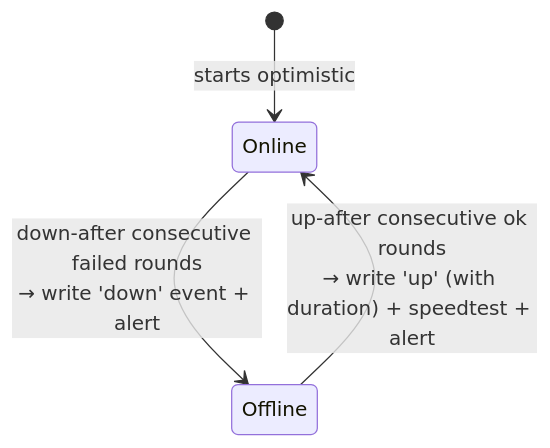
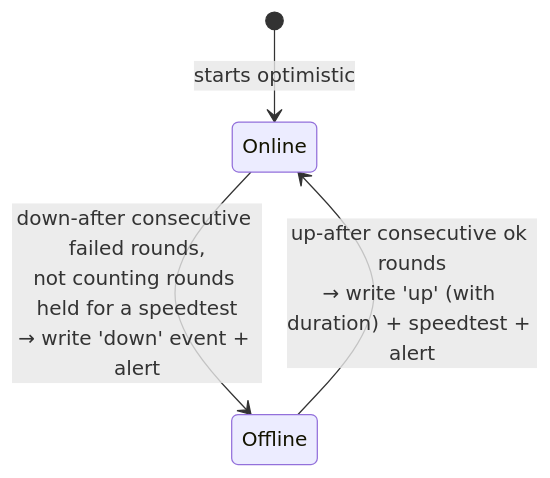
The second of 3 diagrams in README.md (pingular/pingularity), drawn with Mermaid before and after one commit. The commit also changed other lines of this file and 21 other files, not shown here.

````diff
--- a/README.md
+++ b/README.md
@@ -592,6 +607,6 @@
 ```mermaid
 stateDiagram-v2
   [*] --> Online: starts optimistic
-  Online --> Offline: down-after consecutive failed rounds<br/>→ write 'down' event + alert
+  Online --> Offline: down-after consecutive failed rounds,<br/>not counting rounds held for a speedtest<br/>→ write 'down' event + alert
   Offline --> Online: up-after consecutive ok rounds<br/>→ write 'up' (with duration) + speedtest + alert
 ```
````
